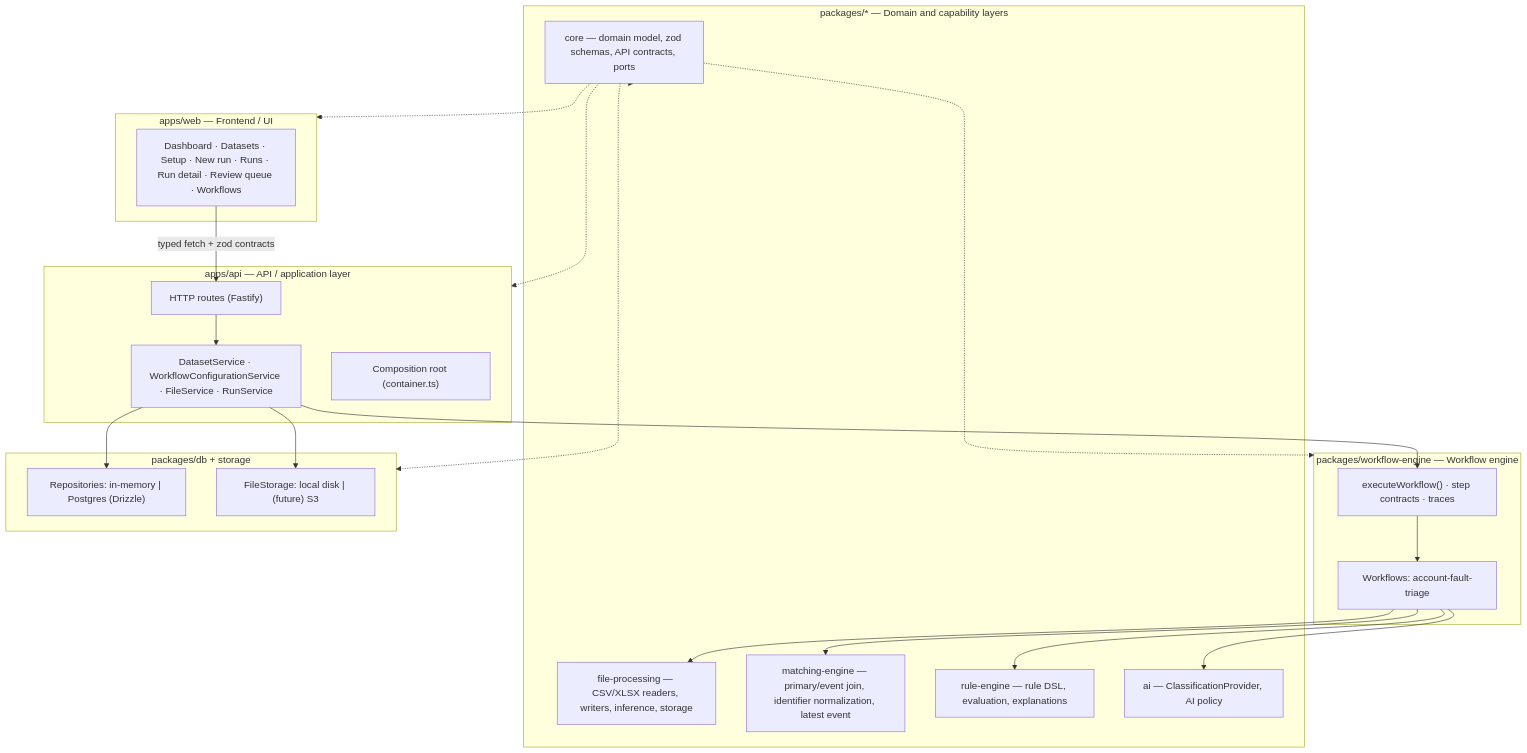
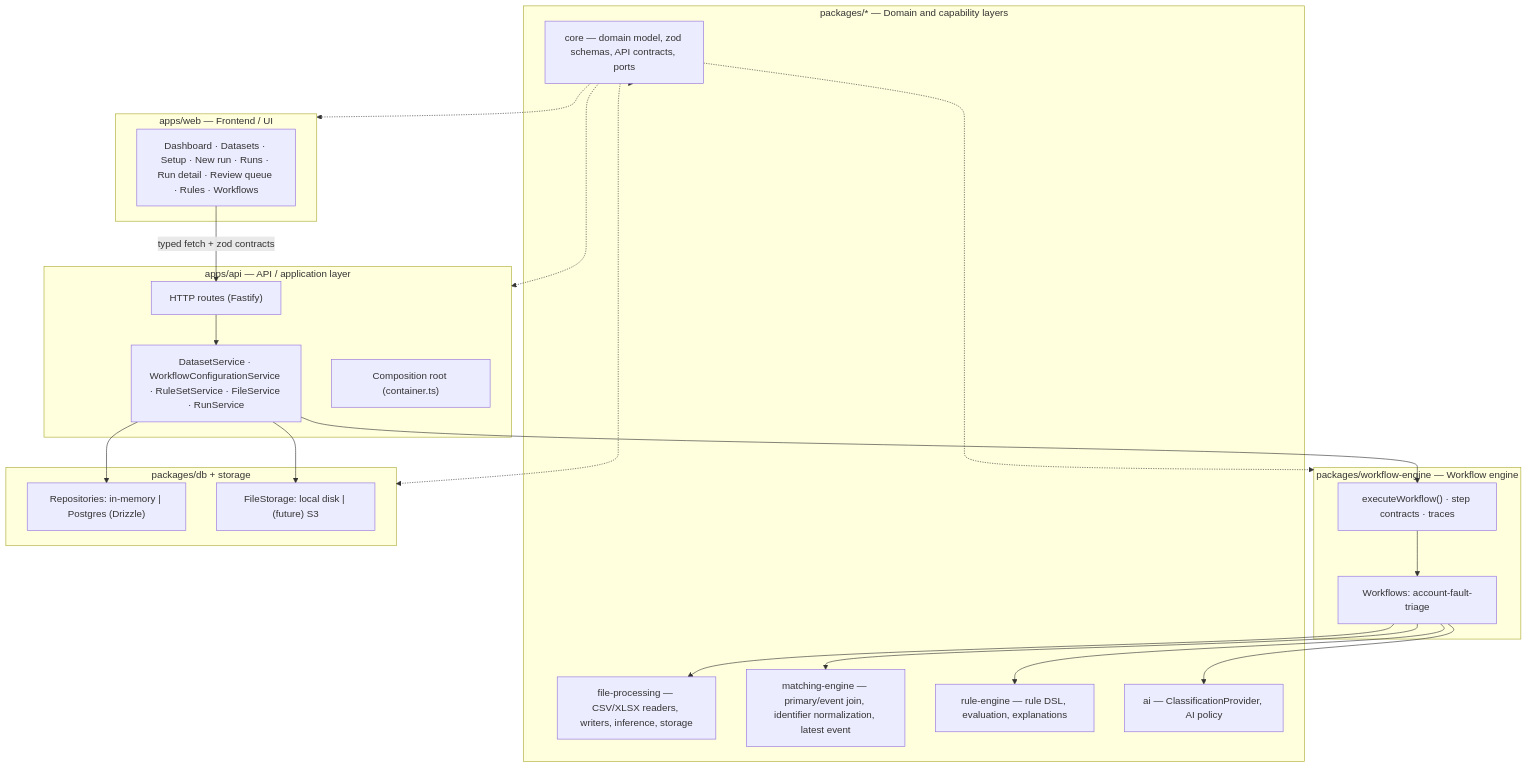
The diagram in docs/architecture.md (JustABeing00/Sheetpilot), drawn with Mermaid before and after one commit. The commit also changed other lines of this file and 33 other files, not shown here.

````diff
--- a/docs/architecture.md
+++ b/docs/architecture.md
@@ -14,46 +14,46 @@
 ```mermaid
 flowchart TB
   subgraph UI["apps/web — Frontend / UI"]
-    pages["Dashboard · Datasets · Setup · New run · Runs · Run detail · Review queue · Workflows"]
+    pages["Dashboard · Datasets · Setup · New run · Runs · Run detail · Review queue · Rules · Workflows"]
   end
 
   subgraph API["apps/api — API / application layer"]
     routes["HTTP routes (Fastify)"]
-    services["DatasetService · WorkflowConfigurationService · FileService · RunService"]
+    services["DatasetService · WorkflowConfigurationService · RuleSetService · FileService · RunService"]
     container["Composition root (container.ts)"]
   end
 
   subgraph ENGINE["packages/workflow-engine — Workflow engine"]
     runner["executeWorkflow() · step contracts · traces"]
     wf["Workflows: account-fault-triage"]
   end
 
   subgraph DOMAIN["packages/* — Domain and capability layers"]
     core["core — domain model, zod schemas, API contracts, ports"]
     files["file-processing — CSV/XLSX readers, writers, inference, storage"]
     match["matching-engine — primary/event join, identifier normalization, latest event"]
     rules["rule-engine — rule DSL, evaluation, explanations"]
     ai["ai — ClassificationProvider, AI policy"]
   end
 
   subgraph DATA["packages/db + storage"]
     repos["Repositories: in-memory | Postgres (Drizzle)"]
     store["FileStorage: local disk | (future) S3"]
   end
 
   pages -->|"typed fetch + zod contracts"| routes
   routes --> services
   services --> runner
   runner --> wf
   wf --> files
   wf --> match
   wf --> rules
   wf --> ai
   services --> repos
   services --> store
   core -.-> UI
   core -.-> API
   core -.-> ENGINE
   core -.-> DOMAIN
   core -.-> DATA
 ```
````
